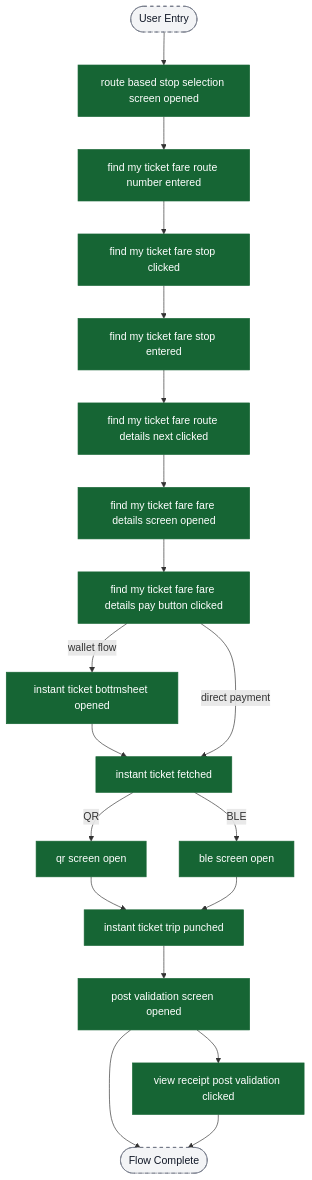
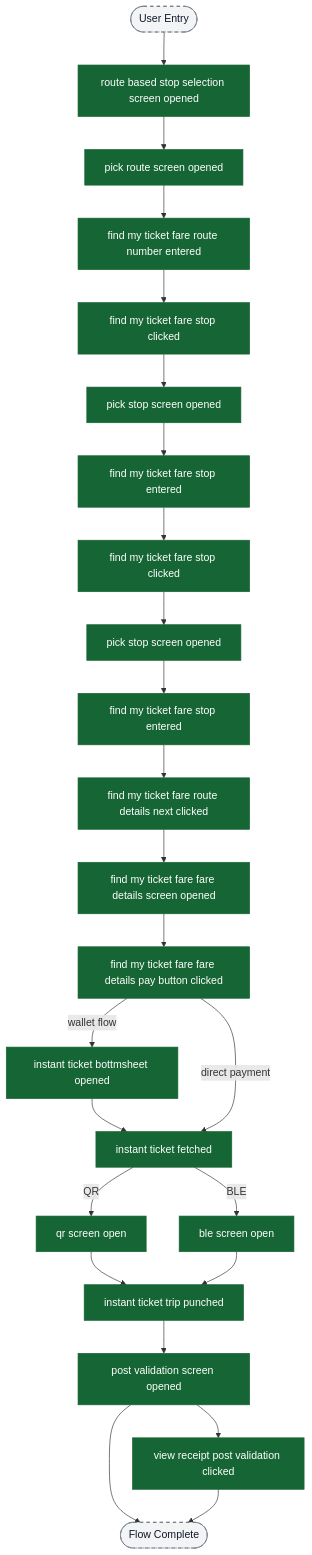
One commit to ratulsarna/chalo-app-dashboard changed the tenth of 10 diagrams in content/analytics/instant-ticket-purchase/flow-diagrams.md. Above: the diagram before and after it, drawn with Mermaid. The commit also changed other lines of this file and 3 other files, not shown here.

Commit message:
feat(analytics): update event definitions and flow diagrams for home and instant ticket purchase flows

````diff
--- a/content/analytics/instant-ticket-purchase/flow-diagrams.md
+++ b/content/analytics/instant-ticket-purchase/flow-diagrams.md
@@ -272,33 +278,38 @@
 ```mermaid
 flowchart TD
   Start([User Entry]) --> F1["route based stop selection screen opened"]
-  F1 --> F2["find my ticket fare route number entered"]
-  F2 --> F3["find my ticket fare stop clicked"]
-  F3 --> F4["find my ticket fare stop entered"]
-  F4 --> F5["find my ticket fare route details next clicked"]
-  F5 --> F6["find my ticket fare fare details screen opened"]
-  F6 --> F7["find my ticket fare fare details pay button clicked"]
+  F1 --> F2["pick route screen opened"]
+  F2 --> F3["find my ticket fare route number entered"]
+  F3 --> F4["find my ticket fare stop clicked"]
+  F4 --> F5["pick stop screen opened"]
+  F5 --> F6["find my ticket fare stop entered"]
+  F6 --> F7["find my ticket fare stop clicked"]
+  F7 --> F8["pick stop screen opened"]
+  F8 --> F9["find my ticket fare stop entered"]
+  F9 --> F10["find my ticket fare route details next clicked"]
+  F10 --> F11["find my ticket fare fare details screen opened"]
+  F11 --> F12["find my ticket fare fare details pay button clicked"]
 
-  F7 -->|wallet flow| F8["instant ticket bottmsheet opened"]
-  F8 --> F9["instant ticket fetched"]
+  F12 -->|wallet flow| F13["instant ticket bottmsheet opened"]
+  F13 --> F14["instant ticket fetched"]
 
-  F7 -->|direct payment| F9
+  F12 -->|direct payment| F14
 
-  F9 -->|QR| F10["qr screen open"]
-  F9 -->|BLE| F11["ble screen open"]
+  F14 -->|QR| F15["qr screen open"]
+  F14 -->|BLE| F16["ble screen open"]
 
-  F10 --> F12["instant ticket trip punched"]
-  F11 --> F12
+  F15 --> F17["instant ticket trip punched"]
+  F16 --> F17
 
-  F12 --> F13["post validation screen opened"]
-  F13 --> F14["view receipt post validation clicked"]
+  F17 --> F18["post validation screen opened"]
+  F18 --> F19["view receipt post validation clicked"]
 
-  F13 --> End([Flow Complete])
-  F14 --> End
+  F18 --> End([Flow Complete])
+  F19 --> End
 
   classDef event fill:#166534,stroke:#166534,color:#ffffff;
   classDef ui fill:#f3f4f6,stroke:#6b7280,stroke-dasharray: 5 5,color:#111827;
 
-  class F1,F2,F3,F4,F5,F6,F7,F8,F9,F10,F11,F12,F13,F14 event;
+  class F1,F2,F3,F4,F5,F6,F7,F8,F9,F10,F11,F12,F13,F14,F15,F16,F17,F18,F19 event;
   class Start,End ui;
 ```
````
